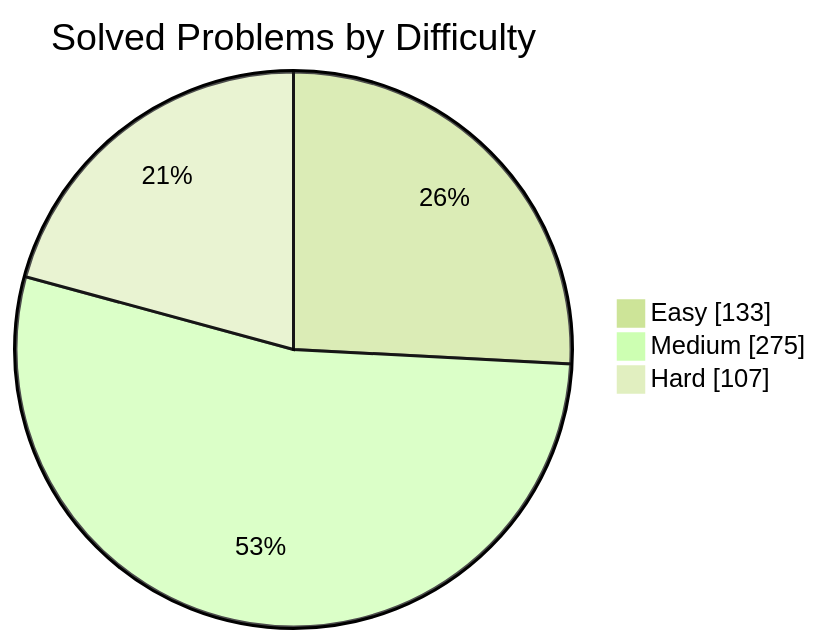
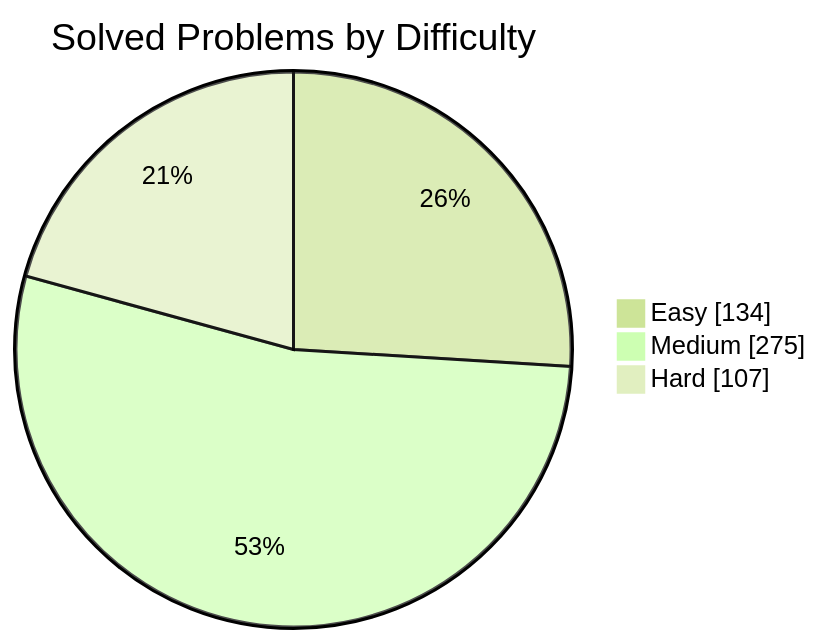
One commit to manikantbindass/DSA-Preparation-FAANG changed the first of 2 diagrams in README.md. Above: the diagram before and after it, drawn with Mermaid (forest theme). The commit also changed other lines of this file and 1 other file, not shown here.

````diff
--- a/README.md
+++ b/README.md
@@ -79,7 +79,7 @@
 ```mermaid
 pie showData
     title Solved Problems by Difficulty
-    "Easy" : 133
+    "Easy" : 134
     "Medium" : 275
     "Hard" : 107
 ```
````
